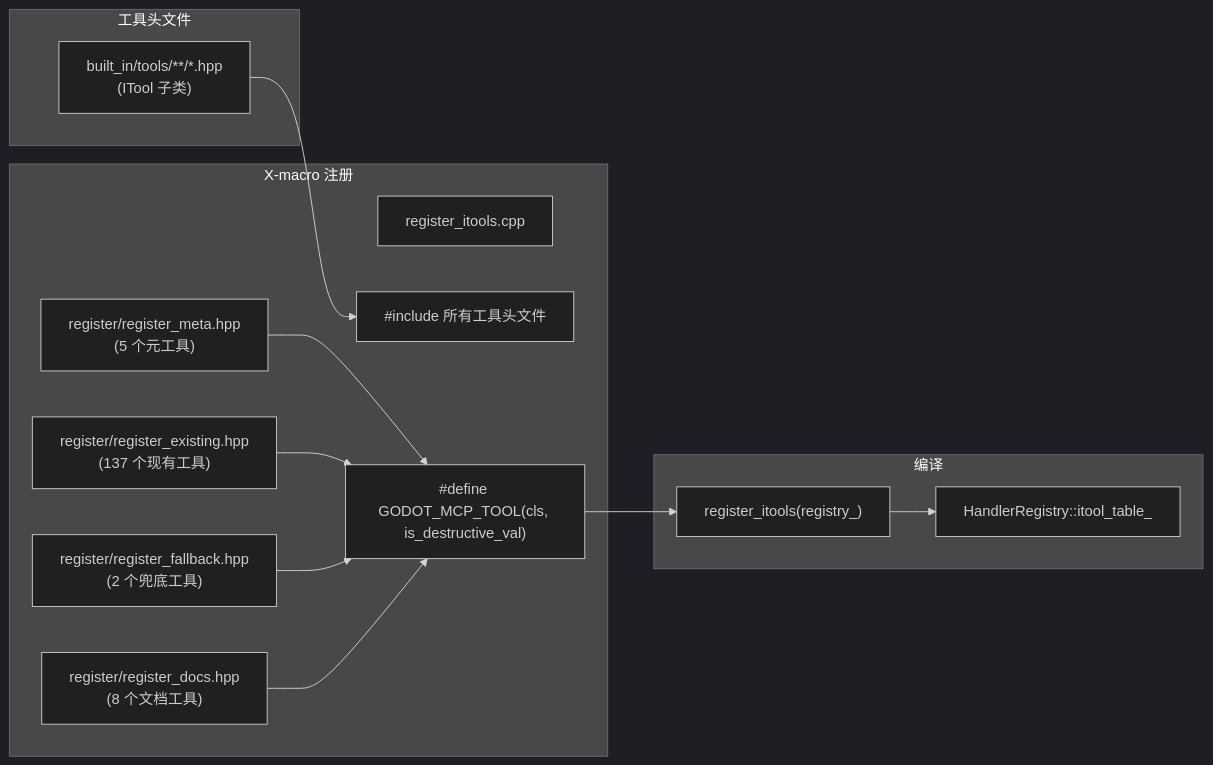
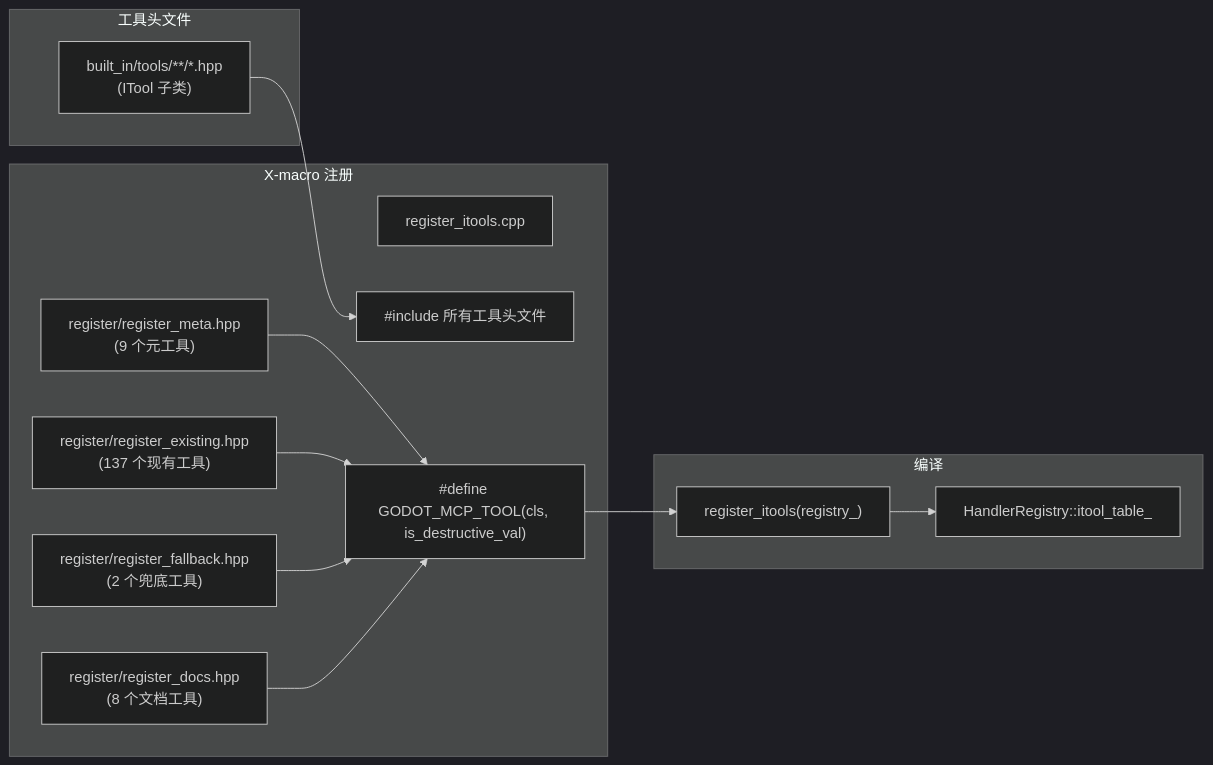
The first of 2 diagrams in .repo_wiki/modules/x-macro-registration.md (jesspig/GodotMCP-GDExtension), drawn with Mermaid (dark theme) before and after one commit. The commit also changed other lines of this file and 27 other files, not shown here.

````diff
--- a/.repo_wiki/modules/x-macro-registration.md
+++ b/.repo_wiki/modules/x-macro-registration.md
@@ -7,26 +7,26 @@
 ```mermaid
 flowchart LR
     subgraph Headers["工具头文件"]
         HPP["built_in/tools/**/*.hpp<br/>(ITool 子类)"]
     end
     subgraph XMacro["X-macro 注册"]
         REGCPP["register_itools.cpp"]
         INCLUDE["#include 所有工具头文件"]
         MACRO["#define GODOT_MCP_TOOL(cls, is_destructive_val)"]
-        REGMETA["register/register_meta.hpp<br/>(5 个元工具)"]
+        REGMETA["register/register_meta.hpp<br/>(9 个元工具)"]
         REGEXIST["register/register_existing.hpp<br/>(137 个现有工具)"]
         REGFALL["register/register_fallback.hpp<br/>(2 个兜底工具)"]
         REGDOCS["register/register_docs.hpp<br/>(8 个文档工具)"]
     end
     subgraph Compile["编译"]
         CALL["register_itools(registry_)"]
         ITBL["HandlerRegistry::itool_table_"]
     end
     HPP --> INCLUDE
     REGMETA --> MACRO
     REGEXIST --> MACRO
     REGFALL --> MACRO
     REGDOCS --> MACRO
     MACRO --> CALL
     CALL --> ITBL
 ```
````
